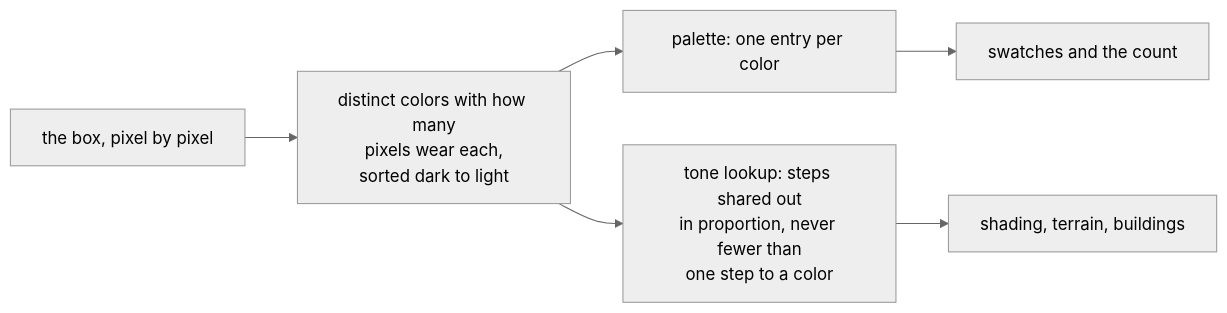
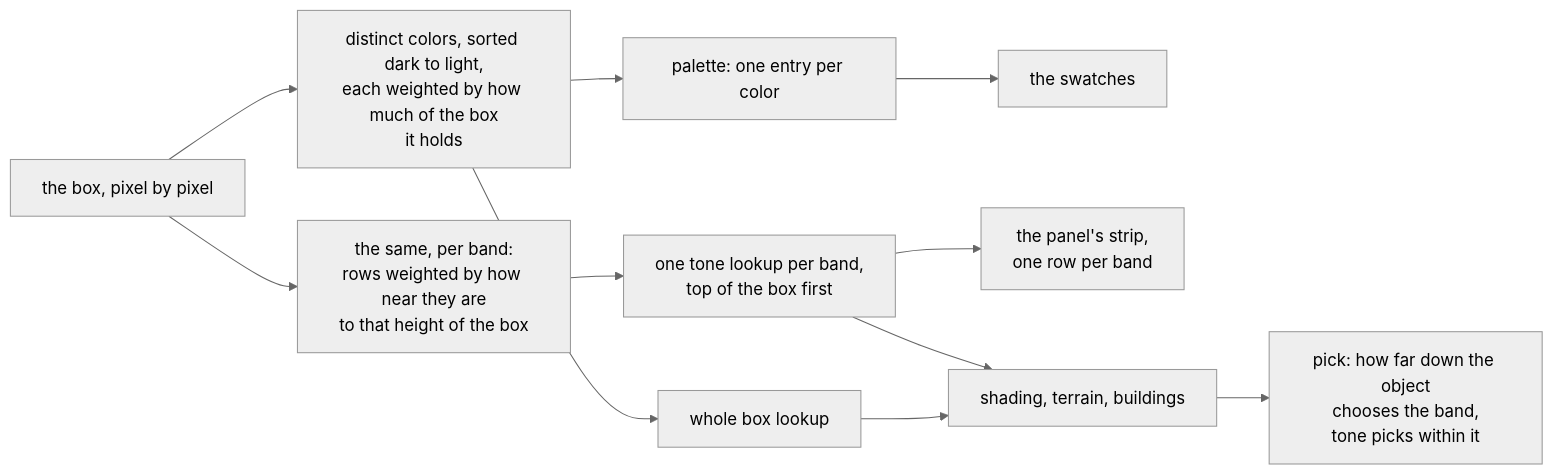
Before and after one commit to tmpk13/grow: the eighth of 36 diagrams in ARCHITECTURE.md, drawn with Mermaid (neutral theme). The commit also changed other lines of this file and 17 other files, not shown here.

````diff
--- a/ARCHITECTURE.md
+++ b/ARCHITECTURE.md
@@ -511,8 +509,13 @@
 ```mermaid
 flowchart LR
-  boxpx["the box, pixel by pixel"] --> tally["distinct colors with how many<br/>pixels wear each,<br/>sorted dark to light"]
+  boxpx["the box, pixel by pixel"] --> tally["distinct colors, sorted dark to light,<br/>each weighted by how much of the box<br/>it holds"]
   tally --> pal["palette: one entry per color"]
-  tally --> lut["tone lookup: steps shared out<br/>in proportion, never fewer than<br/>one step to a color"]
-  pal --> panel["swatches and the count"]
-  lut --> shade["shading, terrain, buildings"]
+  tally --> whole["whole box lookup"]
+  boxpx --> banded["the same, per band:<br/>rows weighted by how near they are<br/>to that height of the box"]
+  banded --> bands["one tone lookup per band,<br/>top of the box first"]
+  pal --> panel["the swatches"]
+  bands --> strip["the panel's strip,<br/>one row per band"]
+  bands --> shade["shading, terrain, buildings"]
+  whole --> shade
+  shade --> pick["pick: how far down the object<br/>chooses the band,<br/>tone picks within it"]
 ```
````
